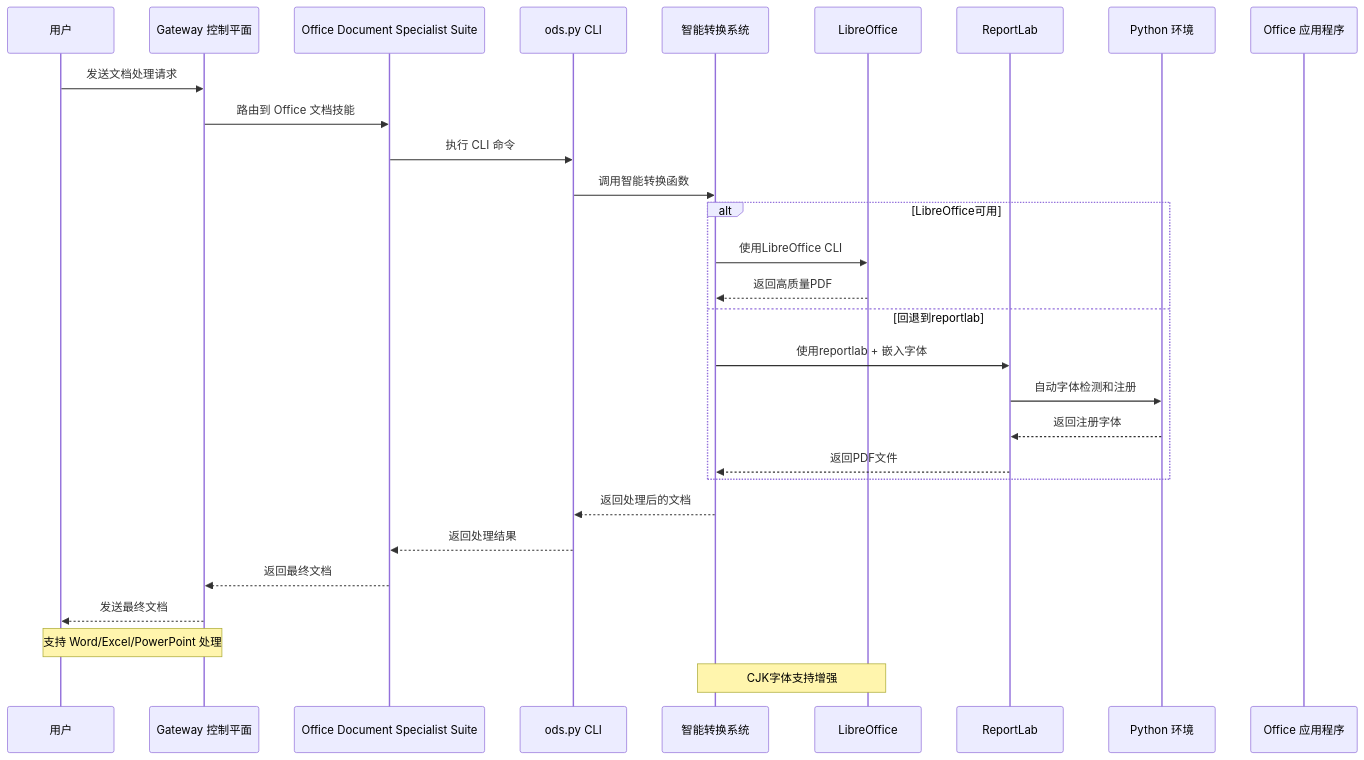
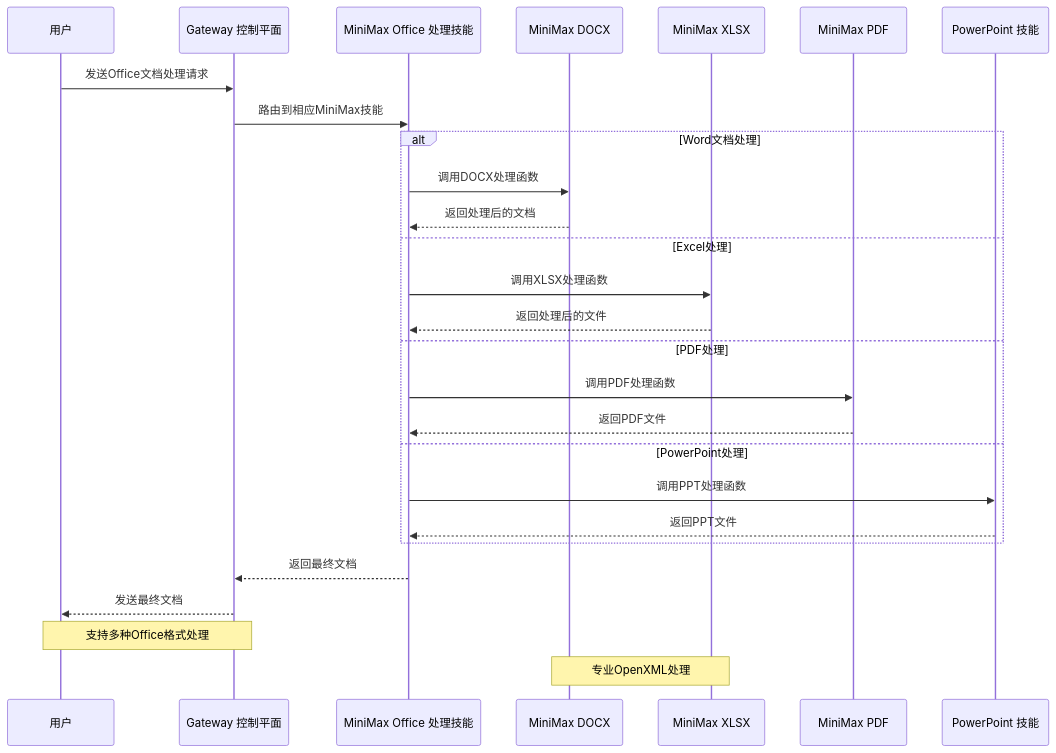
Before and after one commit to verse-ai-org/openclaw: the second of 7 diagrams in .qoder/repowiki/zh/content/技能平台/内置技能/Office 文档专家套件.md, drawn with Mermaid. The commit also changed other lines of this file and 48 other files, not shown here.

````diff
--- a/.qoder/repowiki/zh/content/技能平台/内置技能/Office 文档专家套件.md
+++ b/.qoder/repowiki/zh/content/技能平台/内置技能/Office 文档专家套件.md
@@ -166,31 +168,29 @@
 ```mermaid
 sequenceDiagram
 participant User as 用户
 participant Gateway as Gateway 控制平面
-participant Skill as Office Document Specialist Suite
-participant CLI as ods.py CLI
-participant Converter as 智能转换系统
-participant LibreOffice as LibreOffice
-participant ReportLab as ReportLab
-participant Python as Python 环境
-participant Office as Office 应用程序
-User->>Gateway : 发送文档处理请求
-Gateway->>Skill : 路由到 Office 文档技能
-Skill->>CLI : 执行 CLI 命令
-CLI->>Converter : 调用智能转换函数
-alt LibreOffice可用
-Converter->>LibreOffice : 使用LibreOffice CLI
-LibreOffice-->>Converter : 返回高质量PDF
-else 回退到reportlab
-Converter->>ReportLab : 使用reportlab + 嵌入字体
-ReportLab->>Python : 自动字体检测和注册
-Python-->>ReportLab : 返回注册字体
-ReportLab-->>Converter : 返回PDF文件
+participant Skill as MiniMax Office 处理技能
+participant DOCX as MiniMax DOCX
+participant XLSX as MiniMax XLSX
+participant PDF as MiniMax PDF
+participant PPT as PowerPoint 技能
+User->>Gateway : 发送Office文档处理请求
+Gateway->>Skill : 路由到相应MiniMax技能
+alt Word文档处理
+Skill->>DOCX : 调用DOCX处理函数
+DOCX-->>Skill : 返回处理后的文档
+else Excel处理
+Skill->>XLSX : 调用XLSX处理函数
+XLSX-->>Skill : 返回处理后的文件
+else PDF处理
+Skill->>PDF : 调用PDF处理函数
+PDF-->>Skill : 返回PDF文件
+else PowerPoint处理
+Skill->>PPT : 调用PPT处理函数
+PPT-->>Skill : 返回PPT文件
 end
-Converter-->>CLI : 返回处理后的文档
-CLI-->>Skill : 返回处理结果
 Skill-->>Gateway : 返回最终文档
 Gateway-->>User : 发送最终文档
-Note over User,Gateway : 支持 Word/Excel/PowerPoint 处理
-Note over Converter,LibreOffice : CJK字体支持增强
+Note over User,Gateway : 支持多种Office格式处理
+Note over DOCX,XLSX : 专业OpenXML处理
 ```
````
